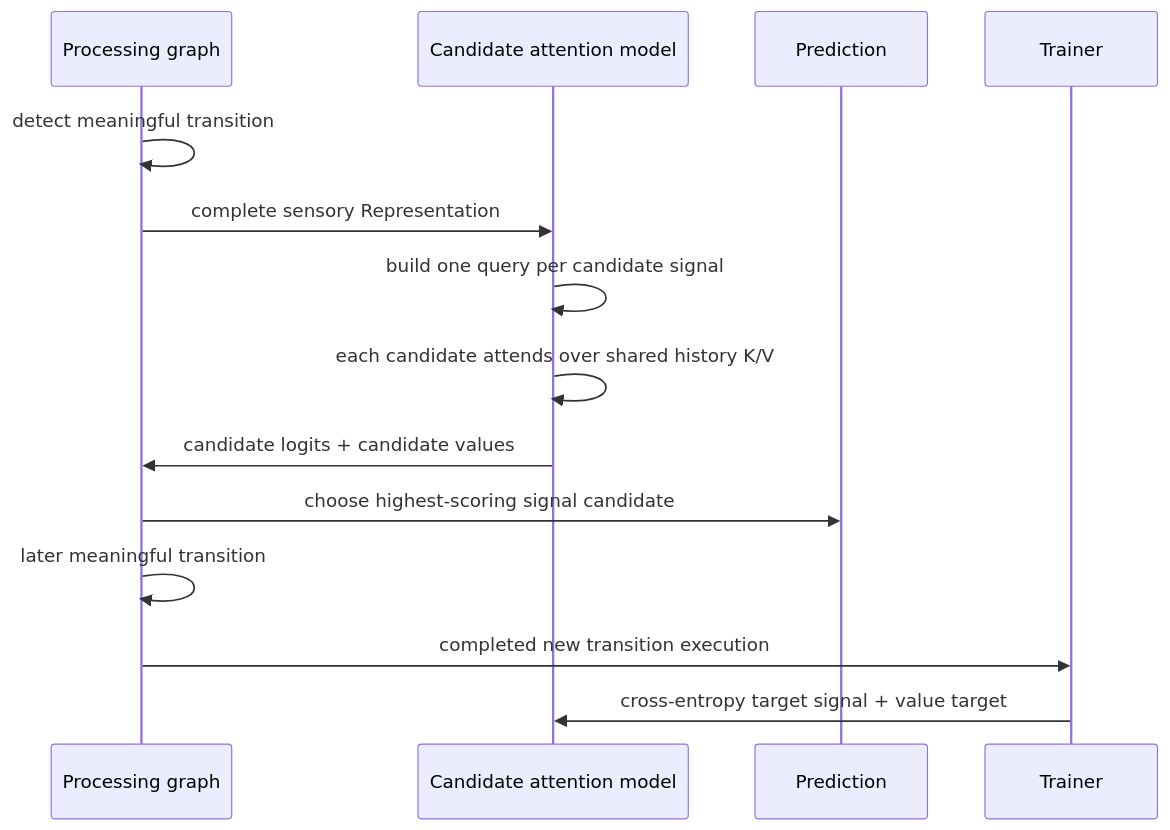
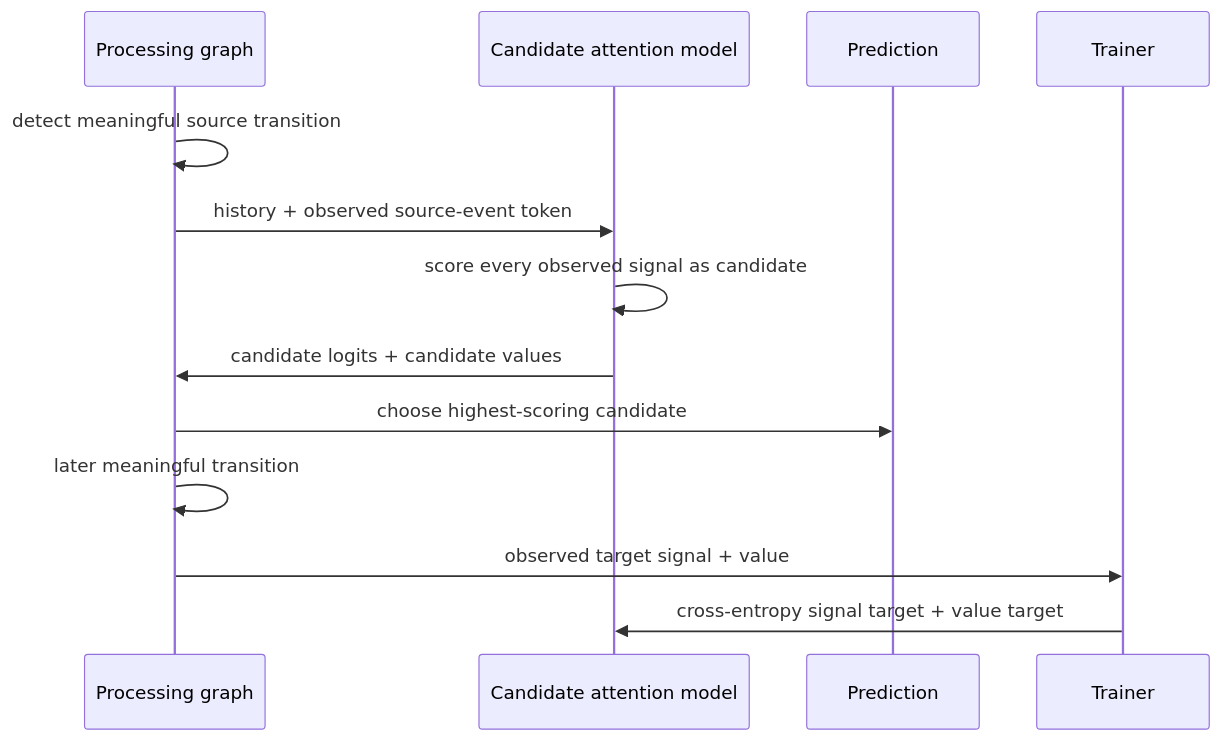
Before and after one commit to skasti/skyn-vaettr: the second of 3 diagrams in docs/expectations.md, drawn with Mermaid. The commit also changed other lines of this file, not shown here.

Commit message:
Document observed event token and current attention failure

````diff
--- a/docs/expectations.md
+++ b/docs/expectations.md
@@ -69,17 +62,16 @@
 ```mermaid
 sequenceDiagram
     participant G as Processing graph
     participant M as Candidate attention model
     participant P as Prediction
     participant T as Trainer
 
-    G->>G: detect meaningful transition
-    G->>M: complete sensory Representation
-    M->>M: build one query per candidate signal
-    M->>M: each candidate attends over shared history K/V
+    G->>G: detect meaningful source transition
+    G->>M: history + observed source-event token
+    M->>M: score every observed signal as candidate
     M->>G: candidate logits + candidate values
-    G->>P: choose highest-scoring signal candidate
+    G->>P: choose highest-scoring candidate
     G->>G: later meaningful transition
-    G->>T: completed new transition execution
-    T->>M: cross-entropy target signal + value target
+    G->>T: observed target signal + value
+    T->>M: cross-entropy signal target + value target
 ```
````
